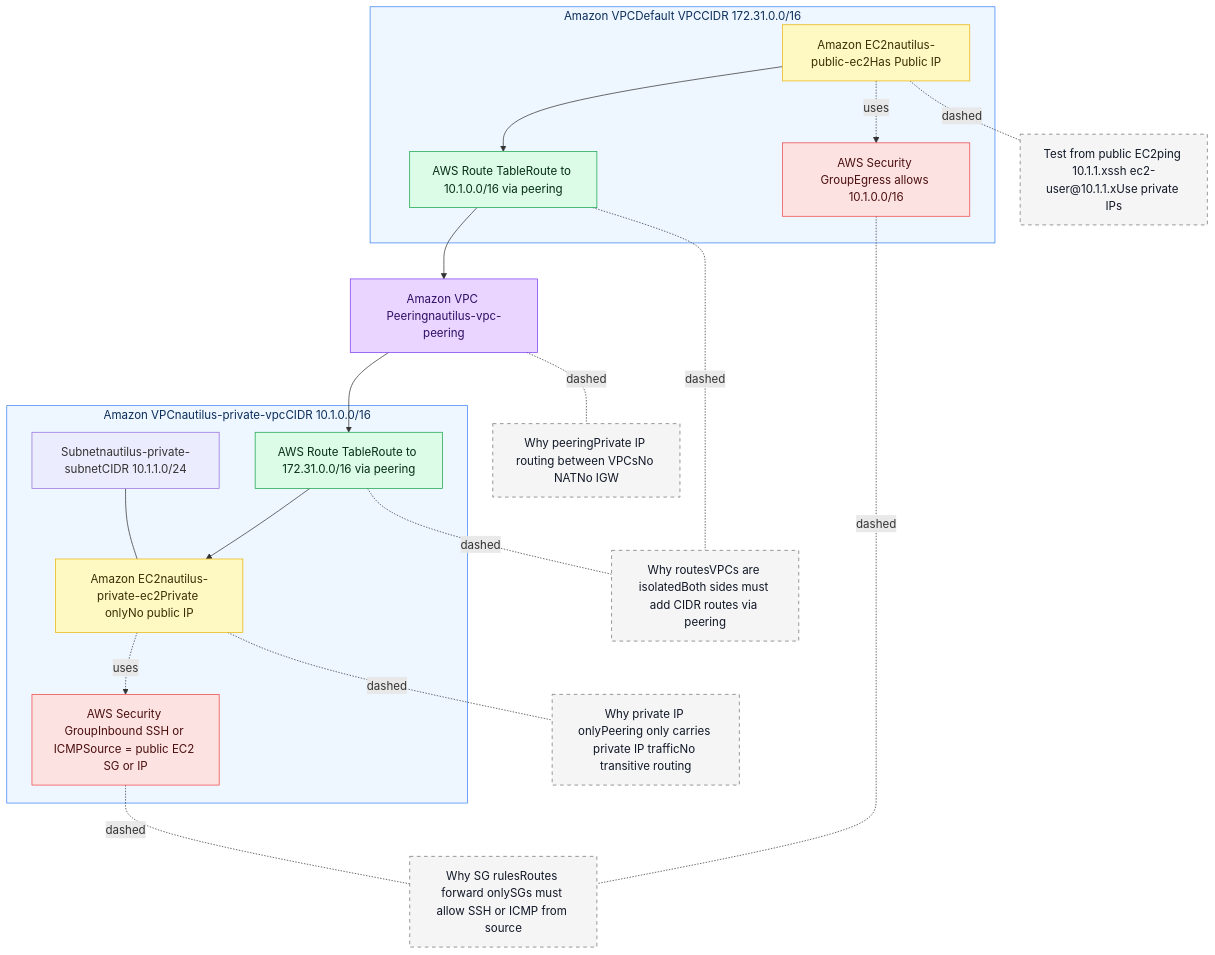
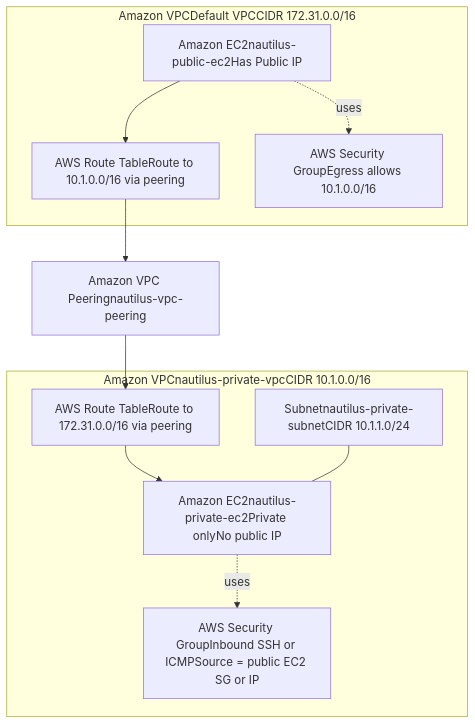
One commit to mohakhan03uk/AWS changed the diagram in PublicPrivateVPCPeering.md. Above: the diagram before and after it, drawn with Mermaid. The commit also changed other lines of this file, not shown here.

````diff
--- a/PublicPrivateVPCPeering.md
+++ b/PublicPrivateVPCPeering.md
@@ -37,59 +89,26 @@
 ```mermaid
 flowchart TB
-  %% GitHub-safe AWS-style diagram with WHY included
-
   subgraph DEF_VPC[Amazon VPC</b>Default VPC</b>CIDR 172.31.0.0/16]
     PUB_EC2[Amazon EC2</b>nautilus-public-ec2</b>Has Public IP]
     RT_DEF[AWS Route Table</b>Route to 10.1.0.0/16 via peering]
     SG_PUB[AWS Security Group</b>Egress allows 10.1.0.0/16]
   end
 
   subgraph PRIV_VPC[Amazon VPC</b>nautilus-private-vpc</b>CIDR 10.1.0.0/16]
     PRIV_SUB[Subnet</b>nautilus-private-subnet</b>CIDR 10.1.1.0/24]
     PRIV_EC2[Amazon EC2</b>nautilus-private-ec2</b>Private only</b>No public IP]
     RT_PRIV[AWS Route Table</b>Route to 172.31.0.0/16 via peering]
     SG_PRIV[AWS Security Group</b>Inbound SSH or ICMP</b>Source = public EC2 SG or IP]
   end
 
   PCX[Amazon VPC Peering</b>nautilus-vpc-peering]
 
-  %% Data Path
   PUB_EC2 --> RT_DEF
   RT_DEF --> PCX
   PCX --> RT_PRIV
   RT_PRIV --> PRIV_EC2
 
   PRIV_SUB --- PRIV_EC2
   PUB_EC2 -. uses .-> SG_PUB
   PRIV_EC2 -. uses .-> SG_PRIV
-
-  %% WHY Notes
-  WHY_PCX[Why peering</b>Private IP routing between VPCs</b>No NAT</b>No IGW]
-  WHY_RTS[Why routes</b>VPCs are isolated</b>Both sides must add CIDR routes via peering]
-  WHY_SG[Why SG rules</b>Routes forward only</b>SGs must allow SSH or ICMP from source]
-  WHY_PRIV[Why private IP only</b>Peering only carries private IP traffic</b>No transitive routing]
-  WHY_TEST[Test from public EC2</b>ping 10.1.1.x</b>ssh ec2-user@10.1.1.x</b>Use private IPs]
-
-  PCX -. dashed .- WHY_PCX
-  RT_DEF -. dashed .- WHY_RTS
-  RT_PRIV -. dashed .- WHY_RTS
-  SG_PRIV -. dashed .- WHY_SG
-  SG_PUB -. dashed .- WHY_SG
-  PRIV_EC2 -. dashed .- WHY_PRIV
-  PUB_EC2 -. dashed .- WHY_TEST
-
-  %% Styling similar to AWS colors
-  classDef vpc fill:#eef6ff,stroke:#3b82f6,color:#0b2e5b
-  classDef ec2 fill:#fef9c3,stroke:#eab308,color:#3b2f04
-  classDef rt fill:#dcfce7,stroke:#16a34a,color:#052e16
-  classDef sg fill:#fde2e2,stroke:#ef4444,color:#4b0f0f
-  classDef pcx fill:#e9d5ff,stroke:#7c3aed,color:#2e1065
-  classDef why fill:#f5f5f5,stroke:#737373,color:#111827,stroke-dasharray: 5 5
-
-  class DEF_VPC,PRIV_VPC vpc
-  class PUB_EC2,PRIV_EC2 ec2
-  class RT_DEF,RT_PRIV rt
-  class SG_PUB,SG_PRIV sg
-  class PCX pcx
-  class WHY_PCX,WHY_RTS,WHY_SG,WHY_PRIV,WHY_TEST why
 ```
````
